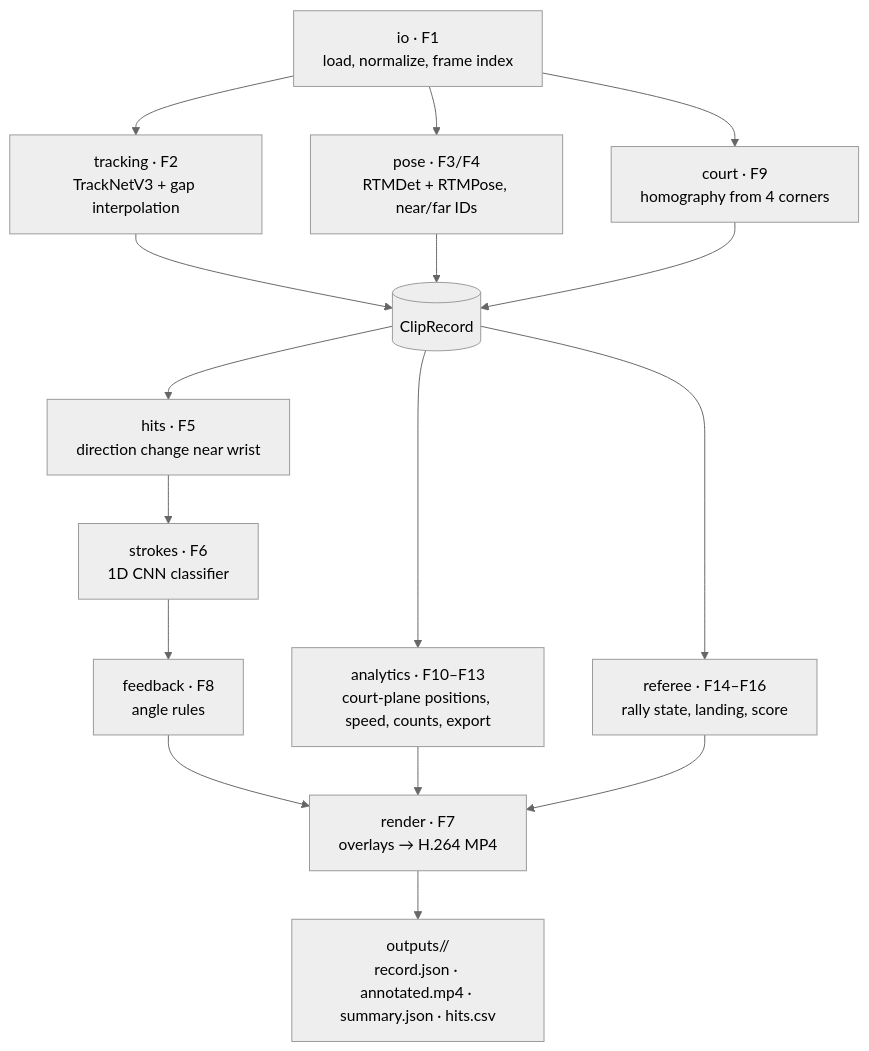
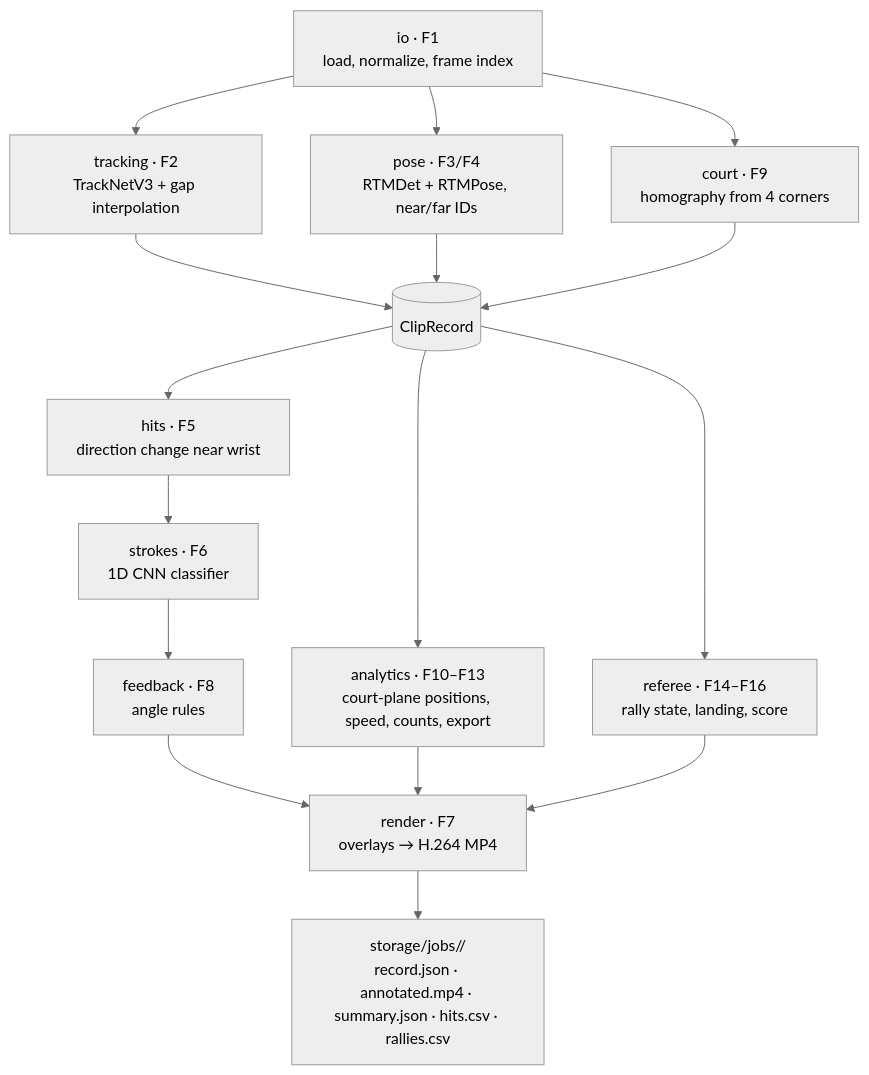
One commit to Mist10148/ShuttleSense changed the second of 3 diagrams in docs/ARCHITECTURE.md. Above: the diagram before and after it, drawn with Mermaid (neutral theme). The commit also changed other lines of this file and 1 other file, not shown here.

First line of the commit message:
docs: architecture and pipeline config match the code

````diff
--- a/docs/ARCHITECTURE.md
+++ b/docs/ARCHITECTURE.md
@@ -34,18 +34,18 @@
 ```mermaid
 flowchart TD
     V["io · F1<br/>load, normalize, frame index"] --> T["tracking · F2<br/>TrackNetV3 + gap interpolation"]
     V --> P["pose · F3/F4<br/>RTMDet + RTMPose, near/far IDs"]
     V --> C["court · F9<br/>homography from 4 corners"]
     T --> R[("ClipRecord")]
     P --> R
     C --> R
     R --> H["hits · F5<br/>direction change near wrist"]
     H --> S["strokes · F6<br/>1D CNN classifier"]
     S --> FB["feedback · F8<br/>angle rules"]
     R --> AN["analytics · F10–F13<br/>court-plane positions, speed, counts, export"]
     R --> RF["referee · F14–F16<br/>rally state, landing, score"]
     FB --> RD["render · F7<br/>overlays → H.264 MP4"]
     AN --> RD
     RF --> RD
-    RD --> OUT["outputs/<job_id>/<br/>record.json · annotated.mp4 · summary.json · hits.csv"]
+    RD --> OUT["storage/jobs/<job_id>/<br/>record.json · annotated.mp4 · summary.json · hits.csv · rallies.csv"]
 ```
````
